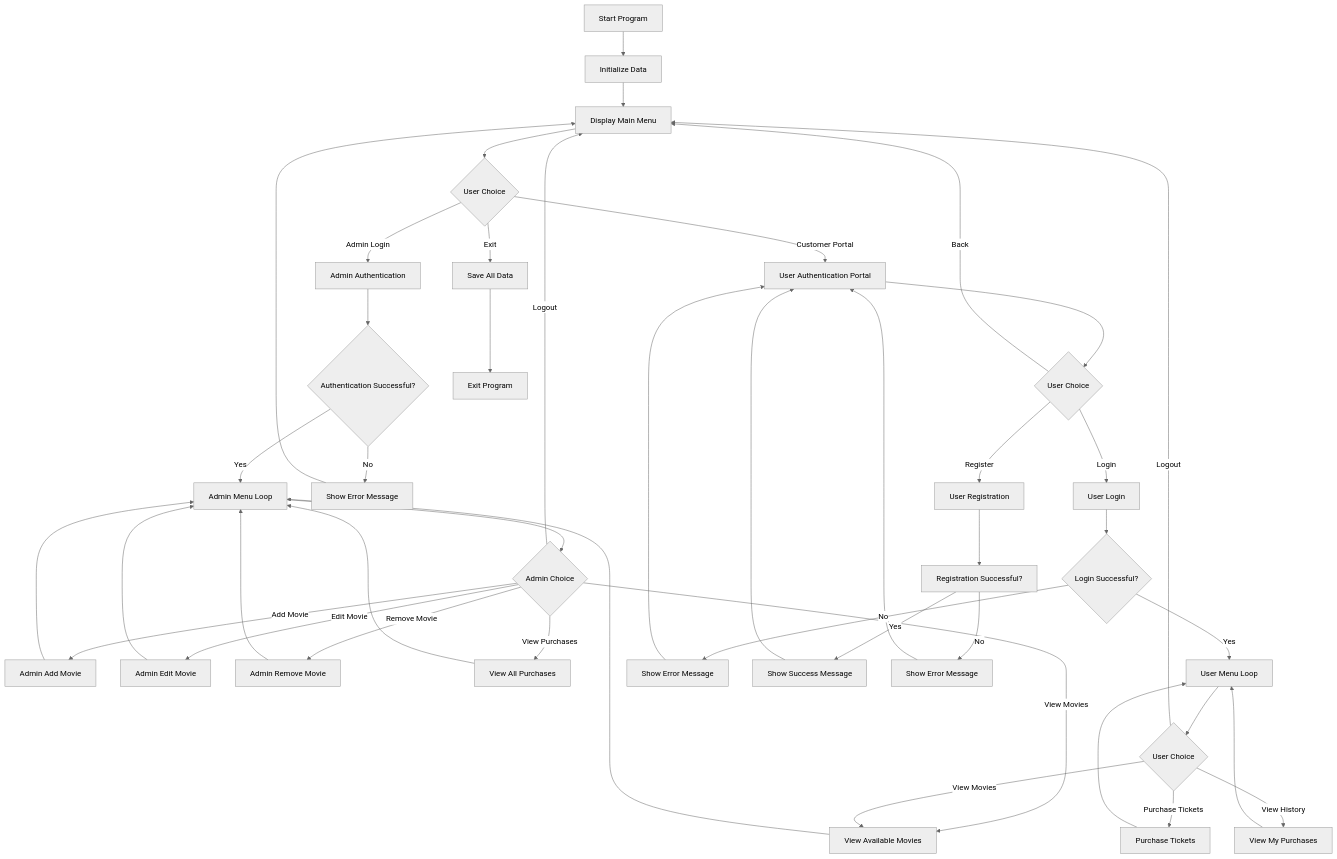
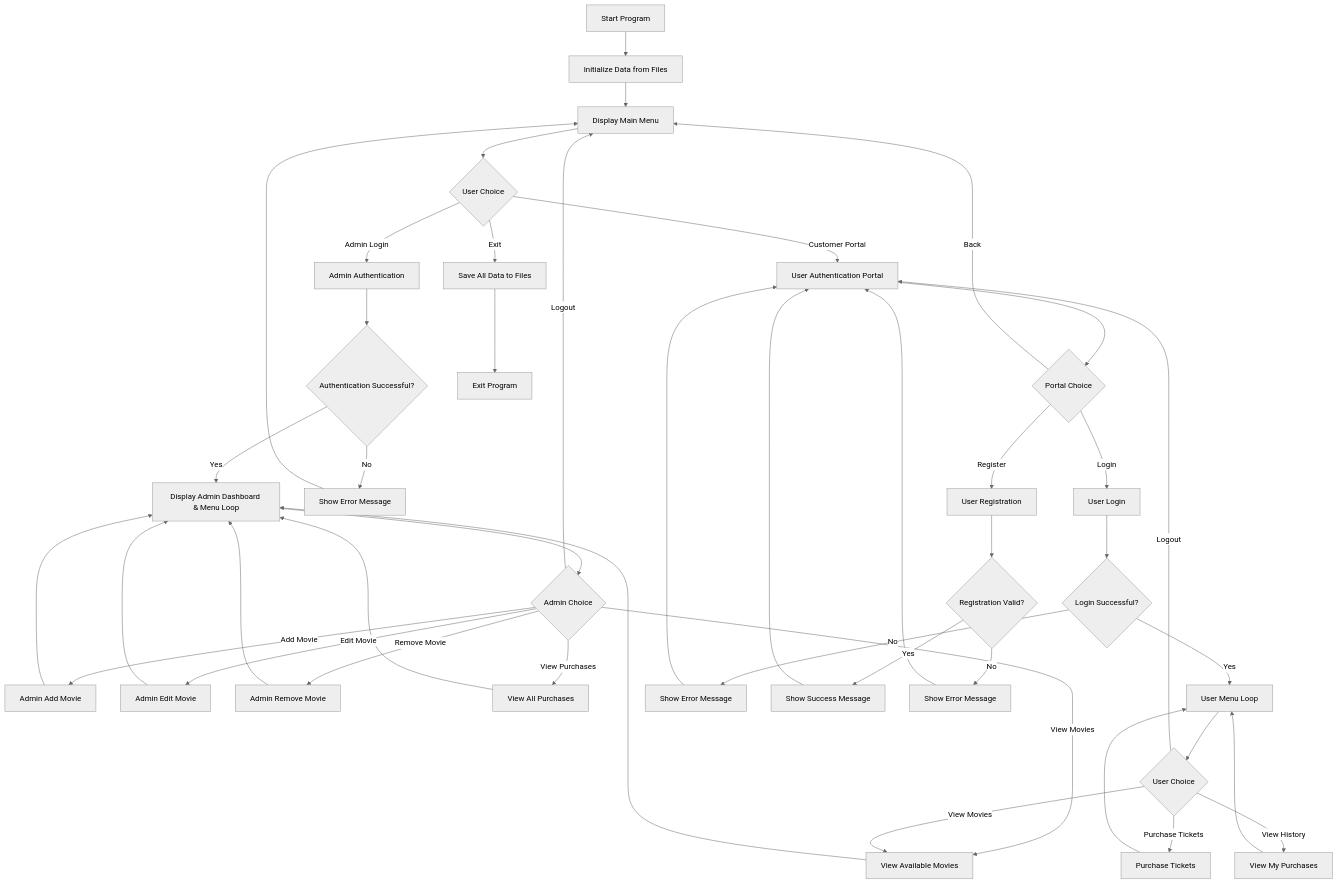
Before and after one commit to QUENJiX/test.github.io: the first of 5 diagrams in README.md, drawn with Mermaid (neutral theme). The commit also changed other lines of this file, not shown here.

````diff
--- a/README.md
+++ b/README.md
@@ -365,46 +241,46 @@
 ```mermaid
 graph TD
-    A[Start Program] --> B[Initialize Data]
+    A[Start Program] --> B[Initialize Data from Files]
     B --> C[Display Main Menu]
     C --> D{User Choice}
     D -->|Admin Login| E[Admin Authentication]
     D -->|Customer Portal| F[User Authentication Portal]
-    D -->|Exit| G[Save All Data]
+    D -->|Exit| G[Save All Data to Files]
     E --> H{Authentication Successful?}
-    H -->|Yes| I[Admin Menu Loop]
+    H -->|Yes| I[Display Admin Dashboard & Menu Loop]
     H -->|No| J[Show Error Message]
     J --> C
     I --> K{Admin Choice}
     K -->|Add Movie| L[Admin Add Movie]
     K -->|Edit Movie| M[Admin Edit Movie]
     K -->|Remove Movie| N[Admin Remove Movie]
     K -->|View Movies| O[View Available Movies]
     K -->|View Purchases| P[View All Purchases]
     K -->|Logout| C
     L --> I
     M --> I
     N --> I
     O --> I
     P --> I
-    F --> Q{User Choice}
+    F --> Q{Portal Choice}
     Q -->|Login| R[User Login]
     Q -->|Register| S[User Registration]
     Q -->|Back| C
     R --> T{Login Successful?}
     T -->|Yes| U[User Menu Loop]
     T -->|No| V[Show Error Message]
     V --> F
-    S --> W[Registration Successful?]
+    S --> W{Registration Valid?}
     W -->|Yes| X[Show Success Message]
     W -->|No| Y[Show Error Message]
     X --> F
     Y --> F
     U --> Z{User Choice}
     Z -->|View Movies| O
     Z -->|Purchase Tickets| AA[Purchase Tickets]
     Z -->|View History| AB[View My Purchases]
-    Z -->|Logout| C
+    Z -->|Logout| F
     AA --> U
     AB --> U
     G --> AC[Exit Program]
 ```
````
